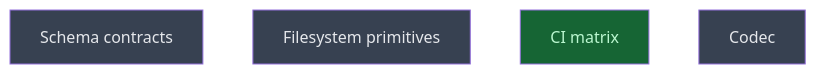
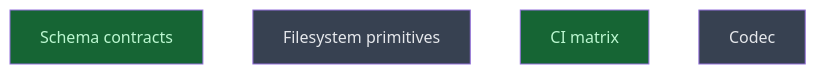
Before and after one commit to CrackingShells/cracking-shells-playbook: the diagram in __roadmap__/m1-core-foundation/settle/build/README.md, drawn with Mermaid. The commit also changed other lines of this file and 4 other files, not shown here.

First line of the commit message:
chore(roadmap): close the m1 schema contracts and assign their leftovers

````diff
--- a/__roadmap__/m1-core-foundation/settle/build/README.md
+++ b/__roadmap__/m1-core-foundation/settle/build/README.md
@@ -20,12 +20,12 @@
 ```mermaid
 graph TD
-    schema_contracts[Schema contracts]:::planned
+    schema_contracts[Schema contracts]:::done
     fs_primitives[Filesystem primitives]:::planned
     ci_matrix[CI matrix]:::done
     codec[Codec]:::planned
     classDef done       fill:#166534,color:#bbf7d0
     classDef inprogress fill:#854d0e,color:#fef08a
     classDef planned    fill:#374151,color:#e5e7eb
     classDef amendment  fill:#1e3a5f,color:#bfdbfe
     classDef blocked    fill:#7f1d1d,color:#fecaca
 ```
````
